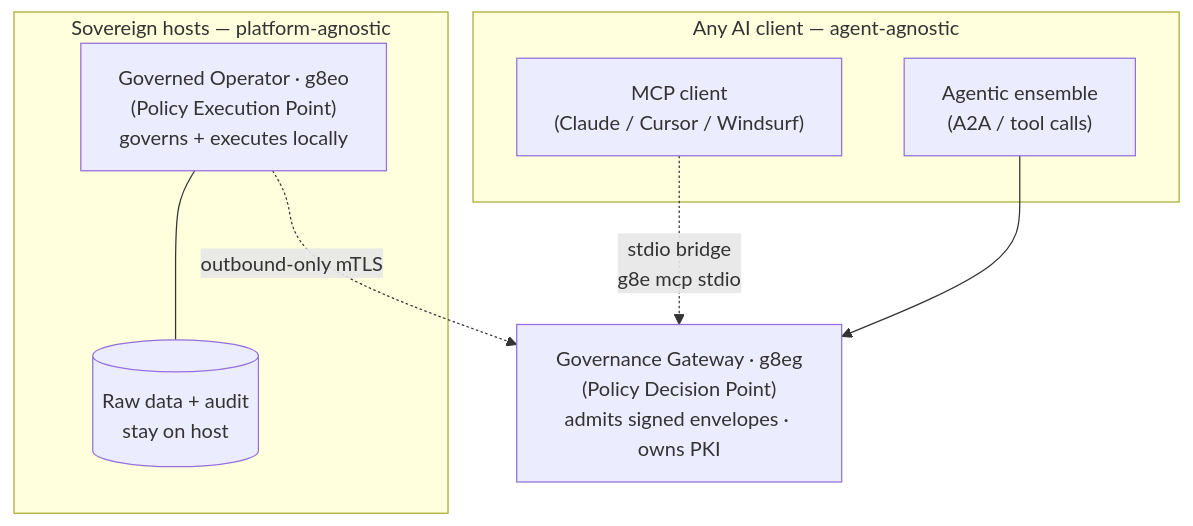
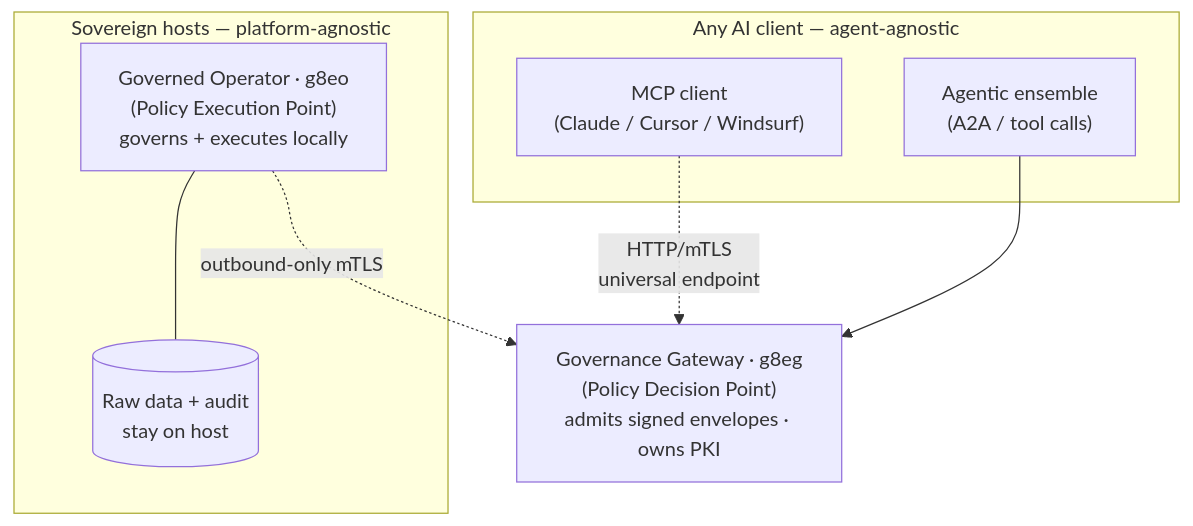
Before and after one commit to g8e-ai/g8e: the first of 4 diagrams in README.md, drawn with Mermaid. The commit also changed 56 other files, not shown here.

````diff
--- a/README.md
+++ b/README.md
@@ -64,19 +64,19 @@
 ```mermaid
 graph TD
     subgraph Clients ["Any AI client — agent-agnostic"]
         C1["MCP client<br/>(Claude / Cursor / Windsurf)"]
         C2["Agentic ensemble<br/>(A2A / tool calls)"]
     end
 
     GW["Governance Gateway · g8eg<br/>(Policy Decision Point)<br/>admits signed envelopes · owns PKI"]
 
     subgraph Fleet ["Sovereign hosts — platform-agnostic"]
         O1["Governed Operator · g8eo<br/>(Policy Execution Point)<br/>governs + executes locally"]
         D1[("Raw data + audit<br/>stay on host")]
         O1 --- D1
     end
 
-    C1 -. "stdio bridge<br/>g8e mcp stdio" .-> GW
+    C1 -. "HTTP/mTLS<br/>universal endpoint" .-> GW
     C2 --> GW
     O1 -. "outbound-only mTLS" .-> GW
 ```
````
